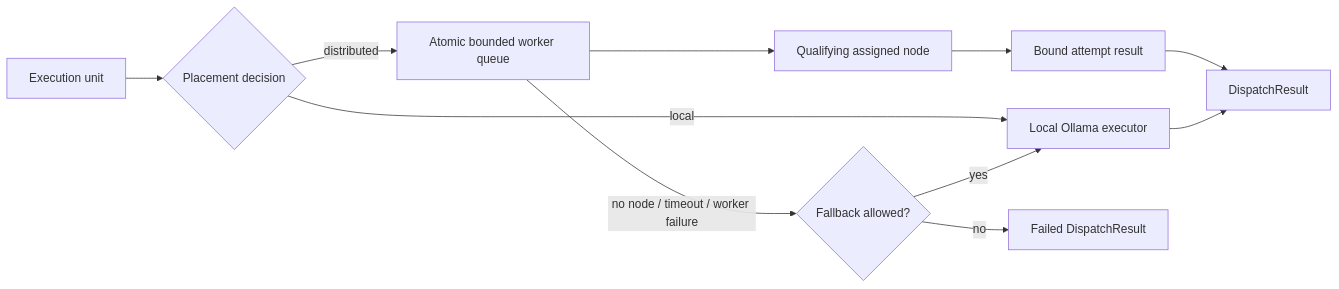
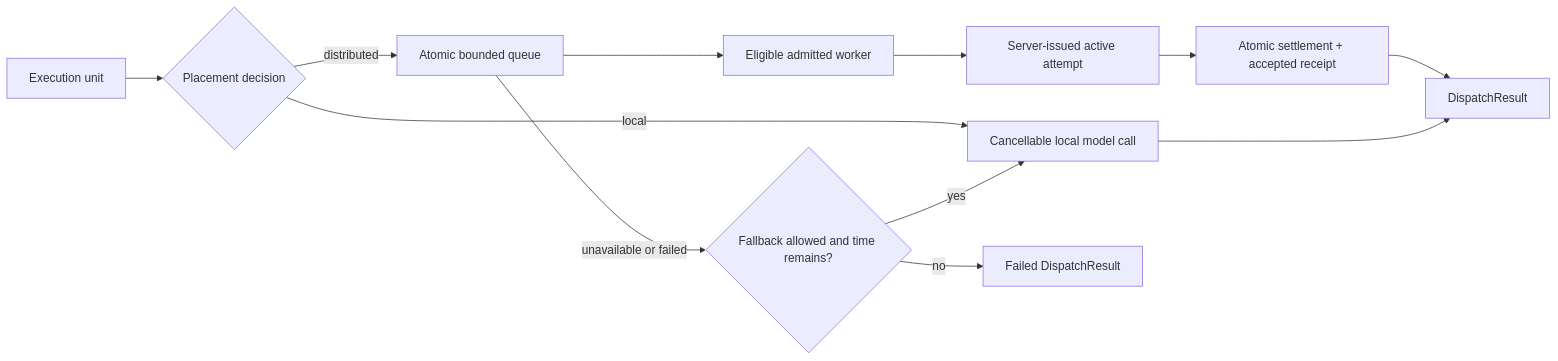
The fifth of 9 diagrams in docs/ARCHITECTURE.md (Jwrightsman/distributed-orchestrator), drawn with Mermaid before and after one commit. The commit also changed other lines of this file and 10 other files, not shown here.

````diff
--- a/docs/ARCHITECTURE.md
+++ b/docs/ARCHITECTURE.md
@@ -81,13 +126,14 @@
 ```mermaid
 flowchart LR
     U[Execution unit] --> P{Placement decision}
-    P -->|local| L[Local Ollama executor]
-    P -->|distributed| Q[Atomic bounded worker queue]
-    Q --> N[Qualifying assigned node]
-    N --> R[Bound attempt result]
+    P -->|local| L[Cancellable local model call]
+    P -->|distributed| Q[Atomic bounded queue]
+    Q --> N[Eligible admitted worker]
+    N --> A[Server-issued active attempt]
+    A --> R[Atomic settlement + accepted receipt]
     R --> O[DispatchResult]
     L --> O
-    Q -->|no node / timeout / worker failure| G{Fallback allowed?}
+    Q -->|unavailable or failed| G{Fallback allowed and time remains?}
     G -->|yes| L
     G -->|no| F[Failed DispatchResult]
 ```
````
